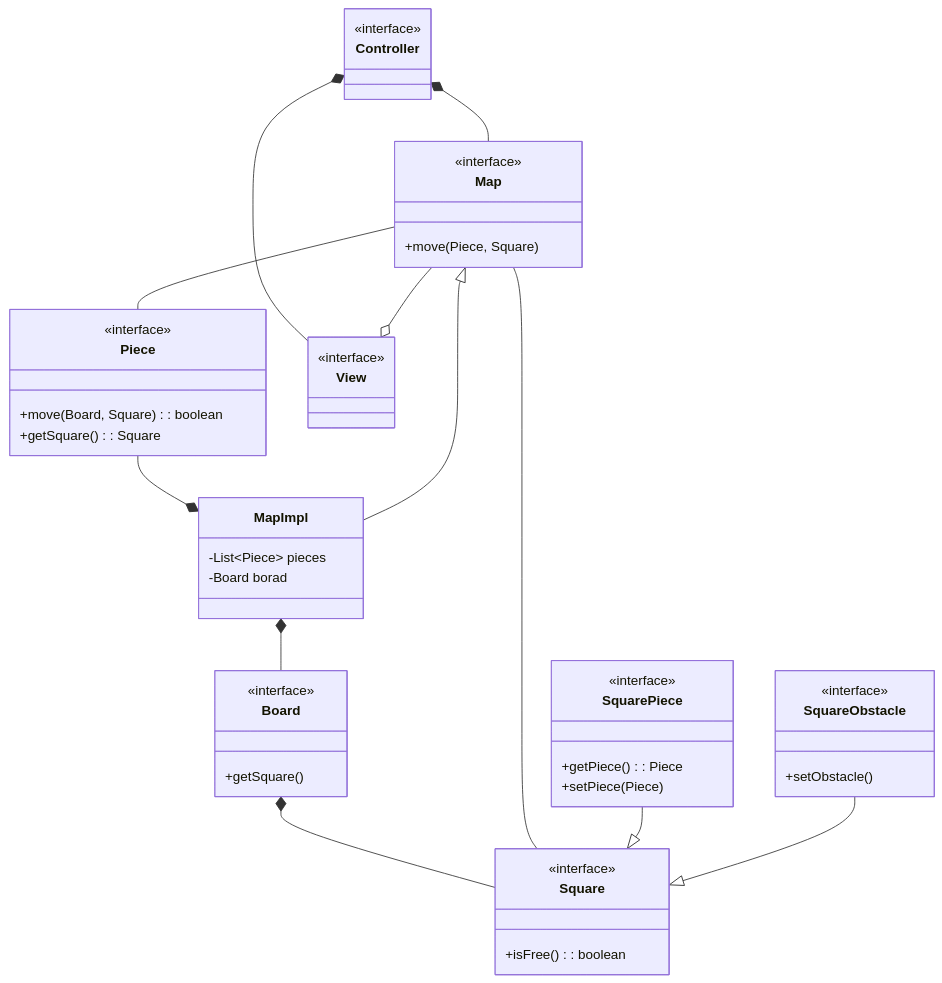
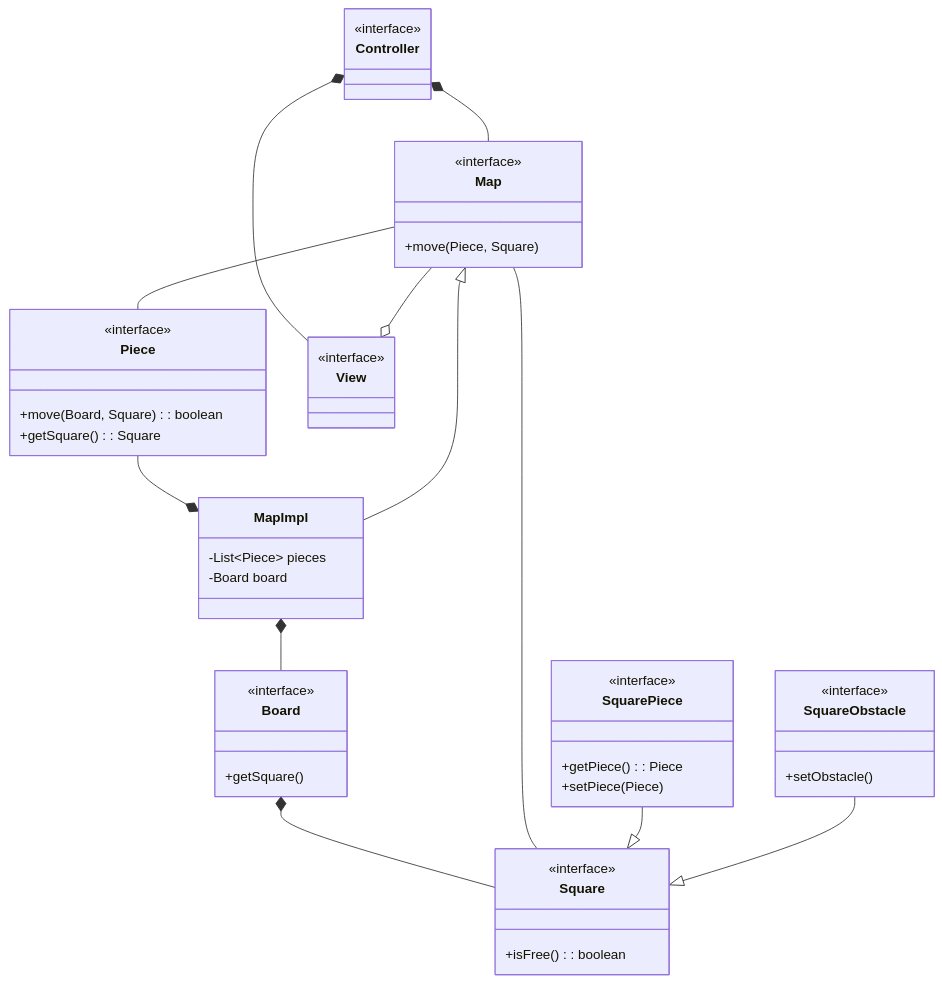
One commit to alessandroArrighi/pss23-24-ChessGravity-Arrighi changed the second of 3 diagrams in README.md. Above: the diagram before and after it, drawn with Mermaid. The commit also changed other lines of this file, not shown here.

Commit message:
add 'Design dettagliato' paragraph: factory piece UML

````diff
--- a/README.md
+++ b/README.md
@@ -91,58 +91,58 @@
 ```mermaid
 classDiagram
 
 class Map {
     +move(Piece, Square)
 }
 <<interface>> Map
 
 class MapImpl {
     -List~Piece~ pieces
-    -Board borad
+    -Board board
 }
 
 class Piece {
     +move(Board, Square): boolean
     +getSquare(): Square
 }
 <<interface>> Piece
 
 class Board {
     +getSquare()
 }
 <<interface>> Board
 
 class Square {
     +isFree(): boolean
 }
 <<interface>> Square
 
 class SquareObstacle {
     +setObstacle()
 }
 <<interface>> SquareObstacle
 
 class SquarePiece {
     +getPiece(): Piece
     +setPiece(Piece)
 }
 <<interface>> SquarePiece
 
 class Controller
 <<interface>> Controller
 
 class View
 <<interface>> View
 
 MapImpl --|> Map
 MapImpl *-- Board
 Board *-- Square
 Map -- Piece
 Map -- Square
 Piece --* MapImpl
 SquarePiece --|> Square
 SquareObstacle --|> Square
 Controller *-- View
 Controller *-- Map
 Map --o View
 ```
````
